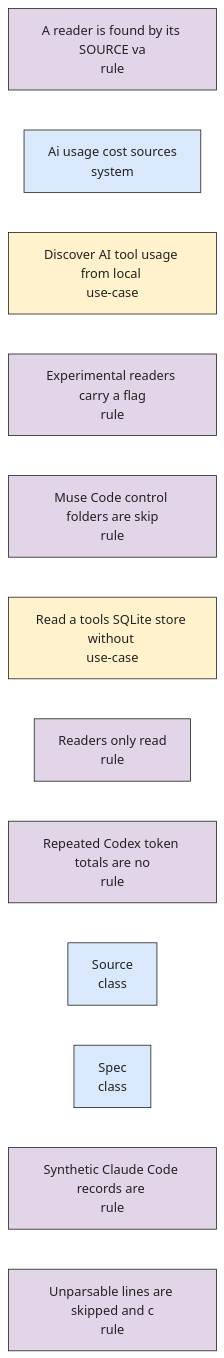
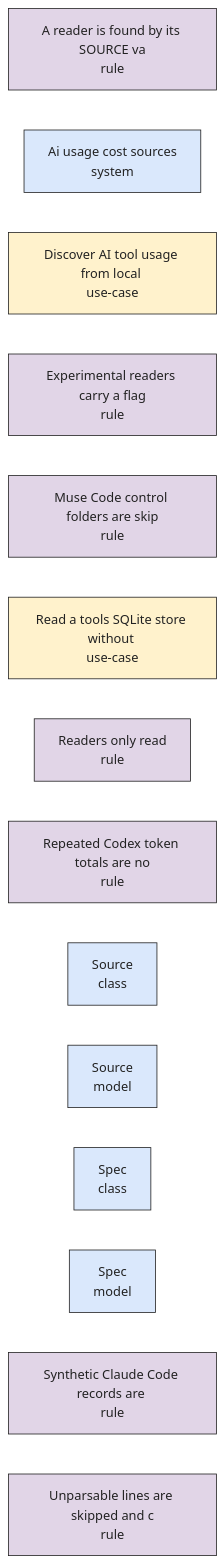
The diagram in docs/brain/Ontology/ch-localtokenomics-src-ai-usage-cost-sources.mmd (GeorgiNaydenov/LocalTokenomics), drawn with Mermaid before and after one commit. The commit also changed 19 other files, not shown here.

```diff
--- a/docs/brain/Ontology/ch-localtokenomics-src-ai-usage-cost-sources.mmd
+++ b/docs/brain/Ontology/ch-localtokenomics-src-ai-usage-cost-sources.mmd
@@ -1,21 +1,25 @@
 flowchart LR
     n0["A reader is found by its SOURCE va<br/>rule"]
     n1["Ai usage cost sources<br/>system"]
     n2["Discover AI tool usage from local <br/>use-case"]
     n3["Experimental readers carry a flag<br/>rule"]
     n4["Muse Code control folders are skip<br/>rule"]
     n5["Read a tools SQLite store without <br/>use-case"]
     n6["Readers only read<br/>rule"]
     n7["Repeated Codex token totals are no<br/>rule"]
     n8["Source<br/>class"]
-    n9["Spec<br/>class"]
-    n10["Synthetic Claude Code records are <br/>rule"]
-    n11["Unparsable lines are skipped and c<br/>rule"]
+    n9["Source<br/>model"]
+    n10["Spec<br/>class"]
+    n11["Spec<br/>model"]
+    n12["Synthetic Claude Code records are <br/>rule"]
+    n13["Unparsable lines are skipped and c<br/>rule"]
     classDef k_class fill:#dae8fc,stroke:#222222,color:#222222
-    class n8,n9 k_class
+    class n8,n10 k_class
+    classDef k_model fill:#dae8fc,stroke:#222222,color:#222222
+    class n9,n11 k_model
     classDef k_rule fill:#e1d5e7,stroke:#222222,color:#222222
-    class n0,n3,n4,n6,n7,n10,n11 k_rule
+    class n0,n3,n4,n6,n7,n12,n13 k_rule
     classDef k_system fill:#dae8fc,stroke:#222222,color:#222222
     class n1 k_system
     classDef k_usecase fill:#fff2cc,stroke:#222222,color:#222222
     class n2,n5 k_usecase
```
